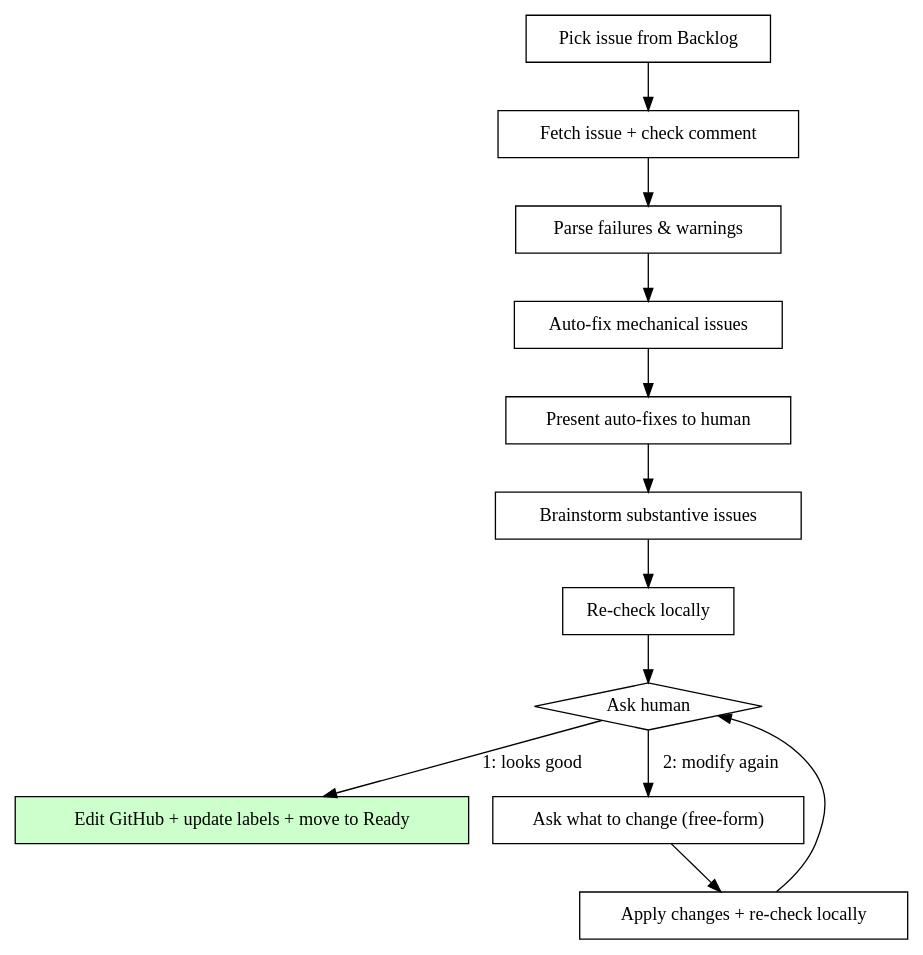
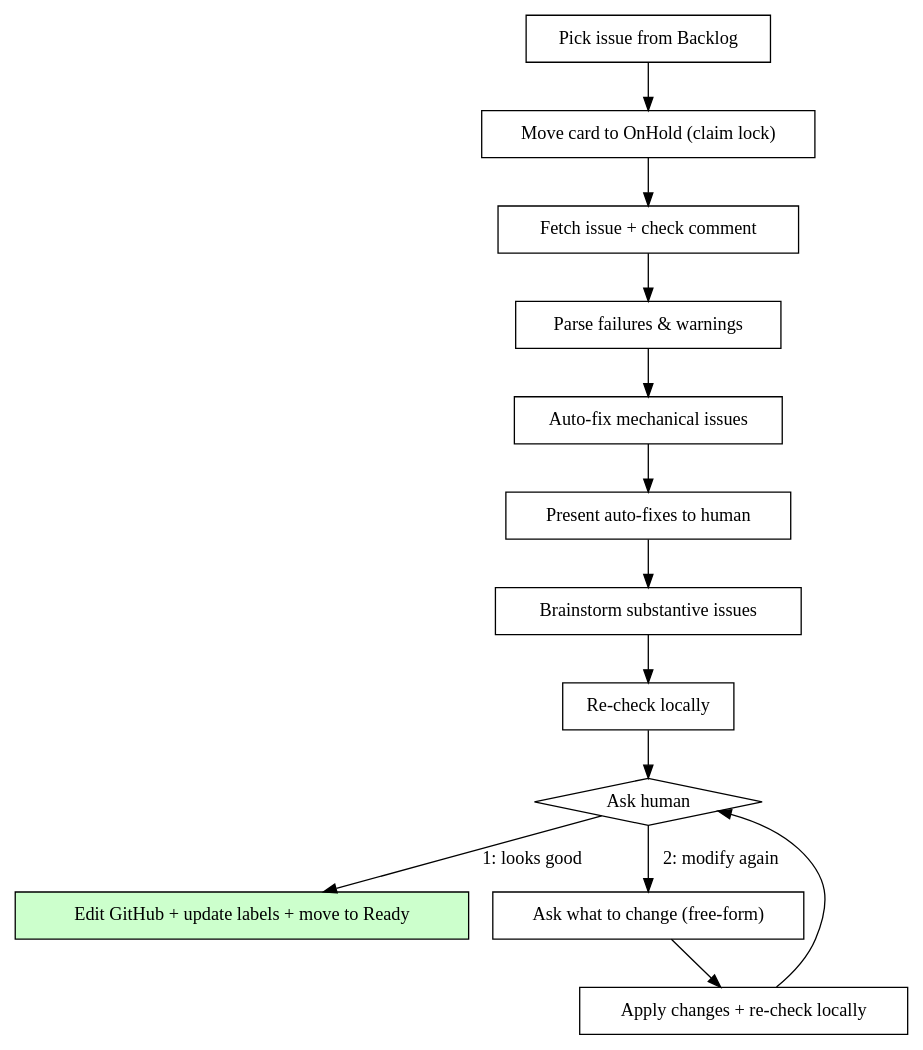
The diagram in .claude/skills/fix-issue/SKILL.md (CodingThrust/problem-reductions), drawn with Graphviz before and after one commit. The commit also changed other lines of this file and 1 other file, not shown here.

Commit message:
update fix-issue

````diff
--- a/.claude/skills/fix-issue/SKILL.md
+++ b/.claude/skills/fix-issue/SKILL.md
@@ -32,28 +33,30 @@
 ```dot
 digraph fix_issue {
     rankdir=TB;
     "Pick issue from Backlog" [shape=box];
+    "Move card to OnHold (claim lock)" [shape=box];
     "Fetch issue + check comment" [shape=box];
     "Parse failures & warnings" [shape=box];
     "Auto-fix mechanical issues" [shape=box];
     "Present auto-fixes to human" [shape=box];
     "Brainstorm substantive issues" [shape=box];
     "Re-check locally" [shape=box];
     "Ask human" [shape=diamond];
     "Edit GitHub + update labels + move to Ready" [shape=box, style=filled, fillcolor="#ccffcc"];
     "Ask what to change (free-form)" [shape=box];
     "Apply changes + re-check locally" [shape=box];
 
-    "Pick issue from Backlog" -> "Fetch issue + check comment";
+    "Pick issue from Backlog" -> "Move card to OnHold (claim lock)";
+    "Move card to OnHold (claim lock)" -> "Fetch issue + check comment";
     "Fetch issue + check comment" -> "Parse failures & warnings";
     "Parse failures & warnings" -> "Auto-fix mechanical issues";
     "Auto-fix mechanical issues" -> "Present auto-fixes to human";
     "Present auto-fixes to human" -> "Brainstorm substantive issues";
     "Brainstorm substantive issues" -> "Re-check locally";
     "Re-check locally" -> "Ask human";
     "Ask human" -> "Edit GitHub + update labels + move to Ready" [label="1: looks good"];
     "Ask human" -> "Ask what to change (free-form)" [label="2: modify again"];
     "Ask what to change (free-form)" -> "Apply changes + re-check locally";
     "Apply changes + re-check locally" -> "Ask human";
 }
 ```
````
